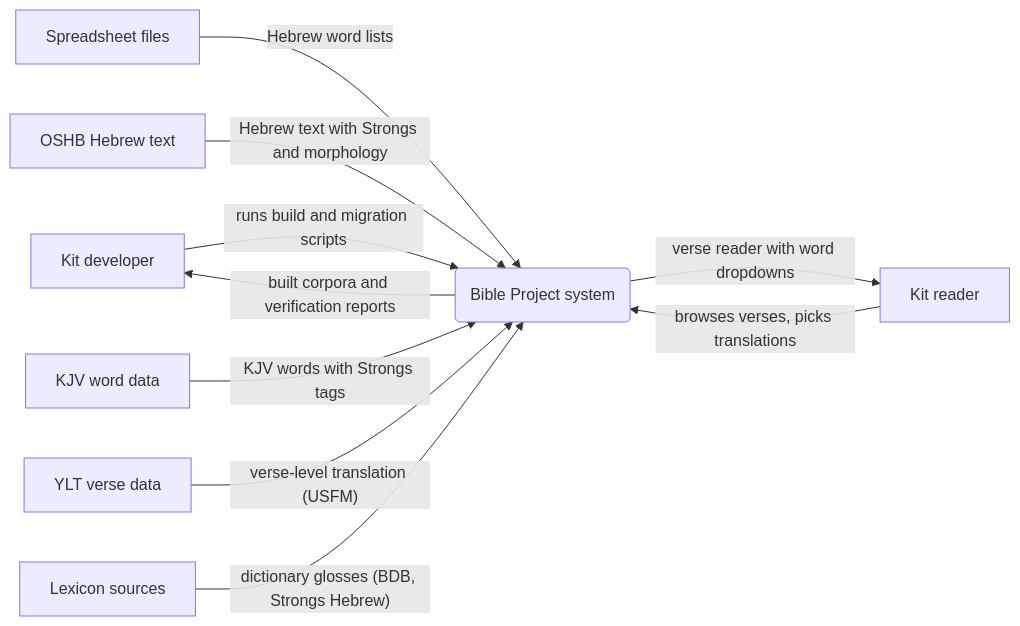
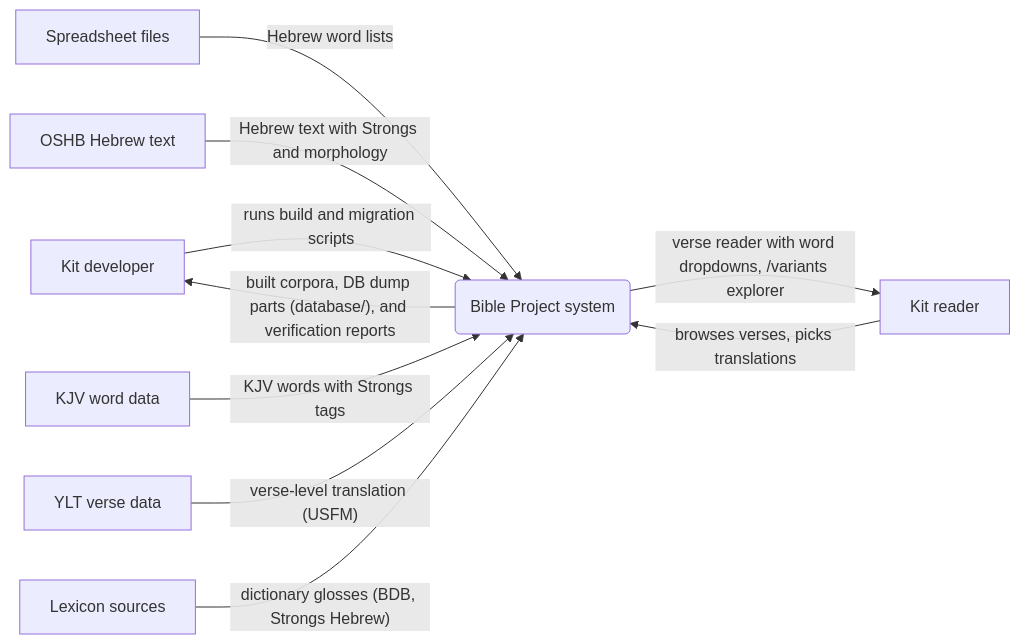
The first of 3 diagrams in docs/architecture.md (cosbykit-afk/bible-project), drawn with Mermaid before and after one commit. The commit also changed other lines of this file, not shown here.

Commit message:
docs: update SAD architecture diagrams (word_variants merge, /variants route, code/database publishing, post-cutover DFD fix)

````diff
--- a/docs/architecture.md
+++ b/docs/architecture.md
@@ -11,20 +13,20 @@
 ```mermaid
 flowchart LR
     E1["Kit developer"]
     E2["Kit reader"]
     E3["Spreadsheet files"]
     E4["OSHB Hebrew text"]
     E5["KJV word data"]
     E6["YLT verse data"]
     E7["Lexicon sources"]
     P0("Bible Project system")
     E1 -->|"runs build and migration scripts"| P0
     E2 -->|"browses verses, picks translations"| P0
     E3 -->|"Hebrew word lists"| P0
     E4 -->|"Hebrew text with Strongs and morphology"| P0
     E5 -->|"KJV words with Strongs tags"| P0
     E6 -->|"verse-level translation (USFM)"| P0
     E7 -->|"dictionary glosses (BDB, Strongs Hebrew)"| P0
-    P0 -->|"built corpora and verification reports"| E1
-    P0 -->|"verse reader with word dropdowns"| E2
+    P0 -->|"built corpora, DB dump parts (database/), and verification reports"| E1
+    P0 -->|"verse reader with word dropdowns, /variants explorer"| E2
 ```
````
